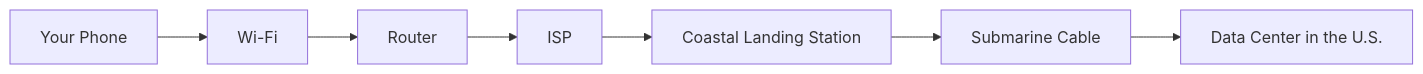
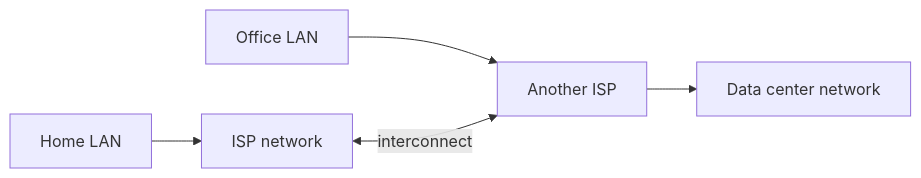
The third of 12 diagrams in computer-network/01-fundamentals/fundamentals.md (vanshbaranwal/backend-projects), drawn with Mermaid before and after one commit. The commit also changed other lines of this file and 2 other files, not shown here.

Commit message:
docs(networking): refine notes, analogies, and diagrams

````diff
--- a/computer-network/01-fundamentals/fundamentals.md
+++ b/computer-network/01-fundamentals/fundamentals.md
@@ -88,9 +95,7 @@
 ```mermaid
 flowchart LR
-    A[Your Phone] --> B[Wi-Fi]
-    B --> C[Router]
-    C --> D[ISP]
-    D --> E[Coastal Landing Station]
-    E --> F[Submarine Cable]
-    F --> G[Data Center in the U.S.]
+    H[Home LAN] --> I1[ISP network]
+    O[Office LAN] --> I2[Another ISP]
+    I1 <-->|interconnect| I2
+    I2 --> D[Data center network]
 ```
````
